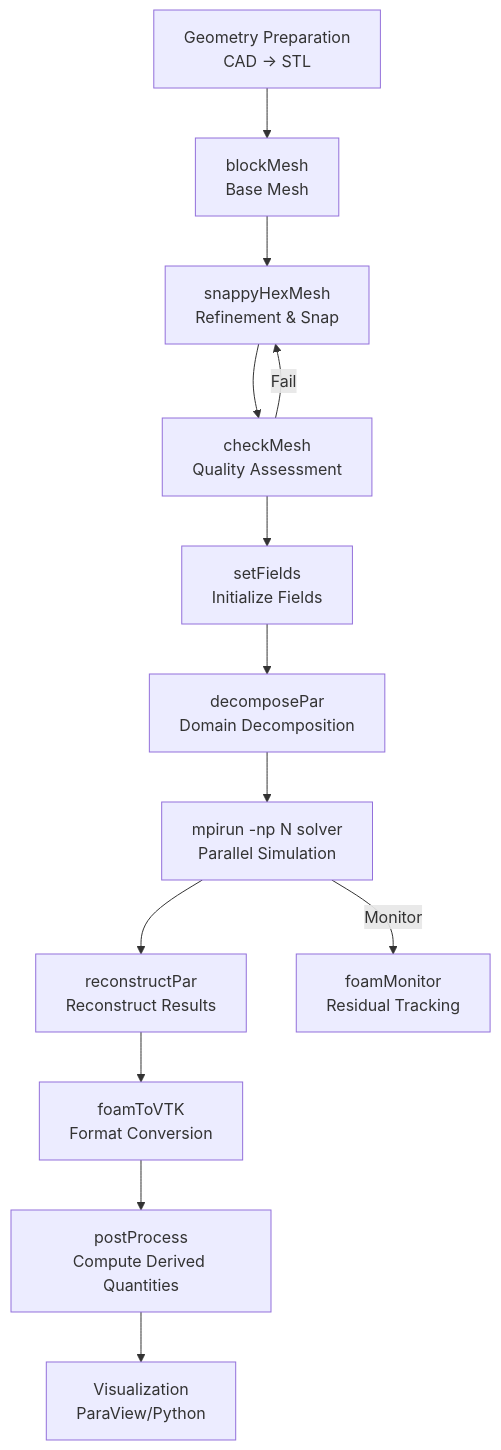
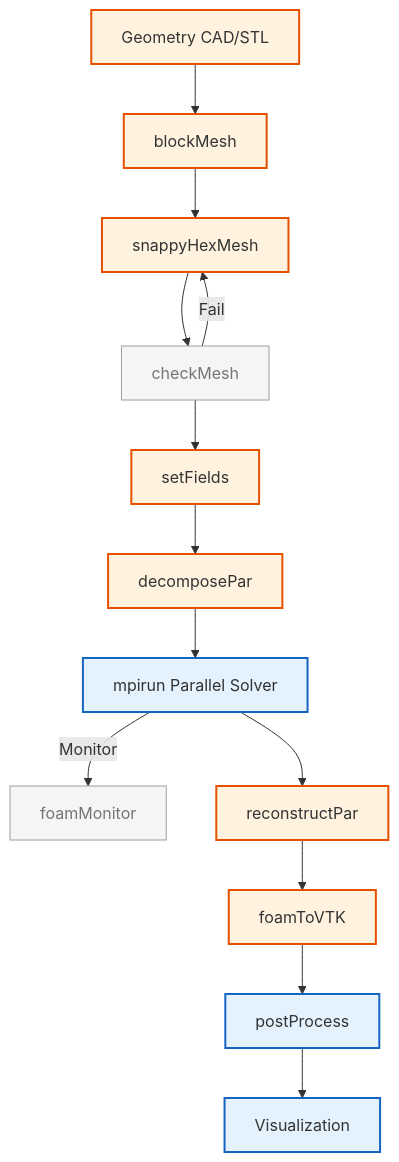
The second of 2 diagrams in MODULE_07_UTILITIES_AUTOMATION/CONTENT/08_EXPERT_UTILITIES/00_Overview.md (wramet/build-my-cfd), drawn with Mermaid before and after one commit. The commit also changed other lines of this file and 313 other files, not shown here.

Commit message:
Revise all diagram

````diff
--- a/MODULE_07_UTILITIES_AUTOMATION/CONTENT/08_EXPERT_UTILITIES/00_Overview.md
+++ b/MODULE_07_UTILITIES_AUTOMATION/CONTENT/08_EXPERT_UTILITIES/00_Overview.md
@@ -849,16 +853,20 @@
 ```mermaid
 flowchart TD
-    A[Geometry Preparation<br>CAD → STL] --> B[blockMesh<br>Base Mesh]
-    B --> C[snappyHexMesh<br>Refinement & Snap]
-    C --> D[checkMesh<br>Quality Assessment]
-    D --> E[setFields<br>Initialize Fields]
-    E --> F[decomposePar<br>Domain Decomposition]
-    F --> G[mpirun -np N solver<br>Parallel Simulation]
-    G --> H[reconstructPar<br>Reconstruct Results]
-    H --> I[foamToVTK<br>Format Conversion]
-    I --> J[postProcess<br>Compute Derived Quantities]
-    J --> K[Visualization<br>ParaView/Python]
-
-    D -->|Fail| C
-    G -->|Monitor| L[foamMonitor<br>Residual Tracking]
+%% Classes
+classDef explicit fill:#fff3e0,stroke:#e65100,stroke-width:2px;
+classDef implicit fill:#e3f2fd,stroke:#1565c0,stroke-width:2px;
+classDef context fill:#f5f5f5,stroke:#9e9e9e,stroke-width:1px,color:#757575;
+%% Nodes
+A[Geometry CAD/STL]:::explicit --> B[blockMesh]:::explicit
+B --> C[snappyHexMesh]:::explicit
+C --> D[checkMesh]:::context
+D -->|Fail| C
+D --> E[setFields]:::explicit
+E --> F[decomposePar]:::explicit
+F --> G[mpirun Parallel Solver]:::implicit
+G -->|Monitor| L[foamMonitor]:::context
+G --> H[reconstructPar]:::explicit
+H --> I[foamToVTK]:::explicit
+I --> J[postProcess]:::implicit
+J --> K[Visualization]:::implicit
 ```
````
